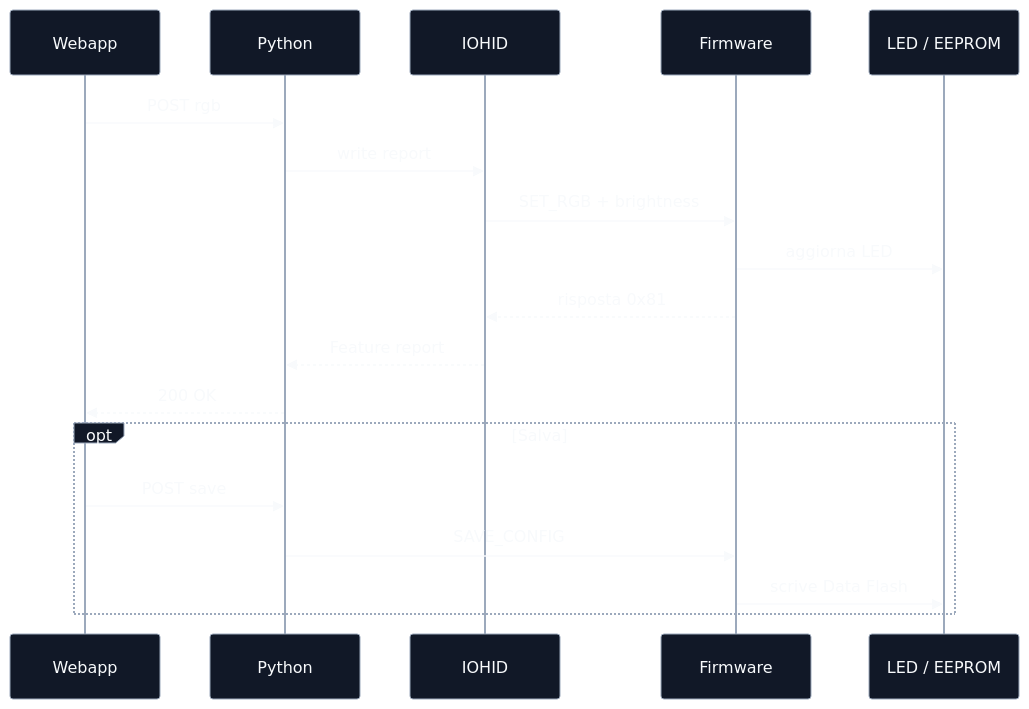
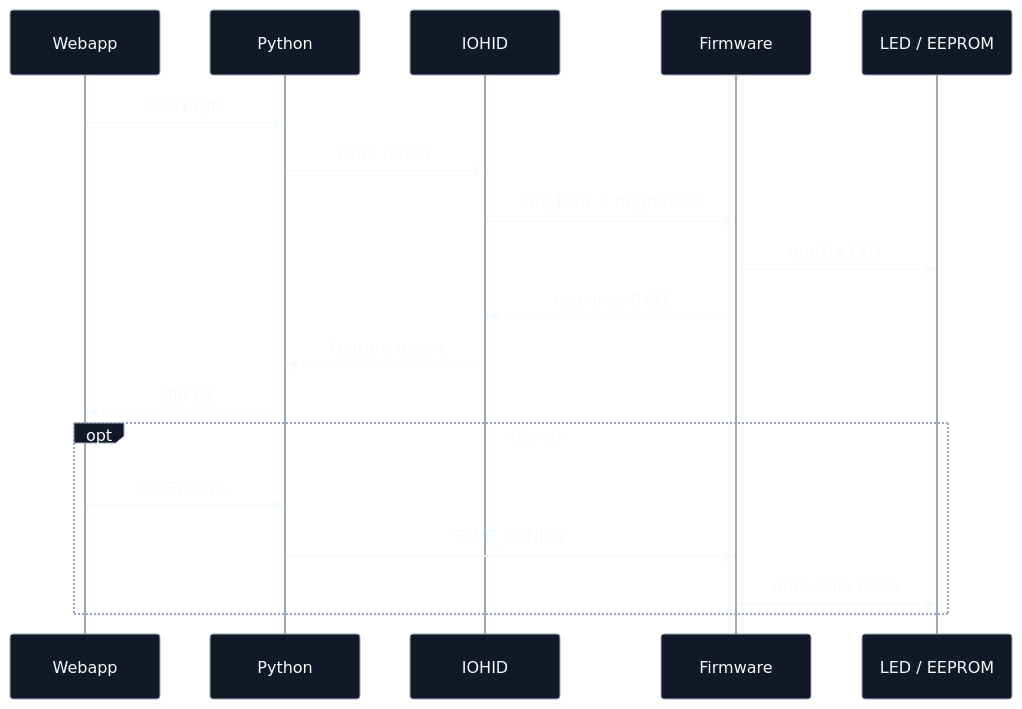
One commit to iamvaleriofantozzi/Tastierino changed the third of 5 diagrams in docs/schemi/README.md. Above: the diagram before and after it, drawn with Mermaid. The commit also changed other lines of this file and 21 other files, not shown here.

````diff
--- a/docs/schemi/README.md
+++ b/docs/schemi/README.md
@@ -46,21 +46,21 @@
 ```mermaid
 %%{init: {"theme":"base","themeVariables":{"primaryColor":"#111827","primaryTextColor":"#f8fafc","primaryBorderColor":"#9ca9bc","lineColor":"#9ca9bc","secondaryColor":"#0a0f1c","tertiaryColor":"#163a2a","fontFamily":"-apple-system, BlinkMacSystemFont, Segoe UI, Helvetica, Arial, sans-serif"}}}%%
 sequenceDiagram
     participant W as Webapp
     participant P as Python
     participant H as IOHID
     participant F as Firmware
     participant E as LED / EEPROM
     W->>P: POST rgb
     P->>H: write report
     H->>F: SET_RGB + brightness
-    F->>E: aggiorna LED
-    F-->>H: risposta 0x81
+    F->>E: update LED
+    F-->>H: response 0x81
     H-->>P: Feature report
     P-->>W: 200 OK
-    opt Salva
+    opt Save
         W->>P: POST save
         P->>F: SAVE_CONFIG
-        F->>E: scrive Data Flash
+        F->>E: write Data Flash
     end
 ```
````
